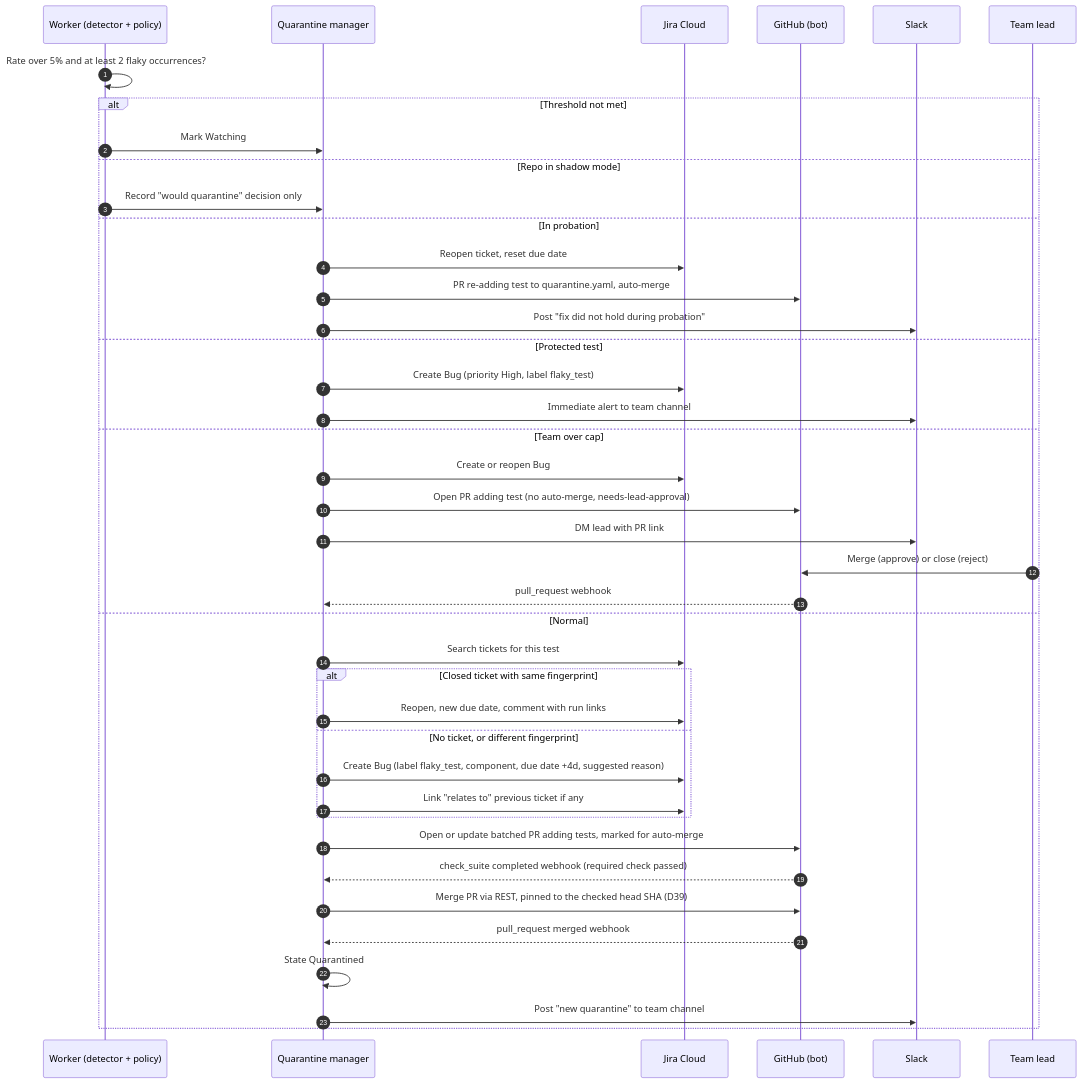
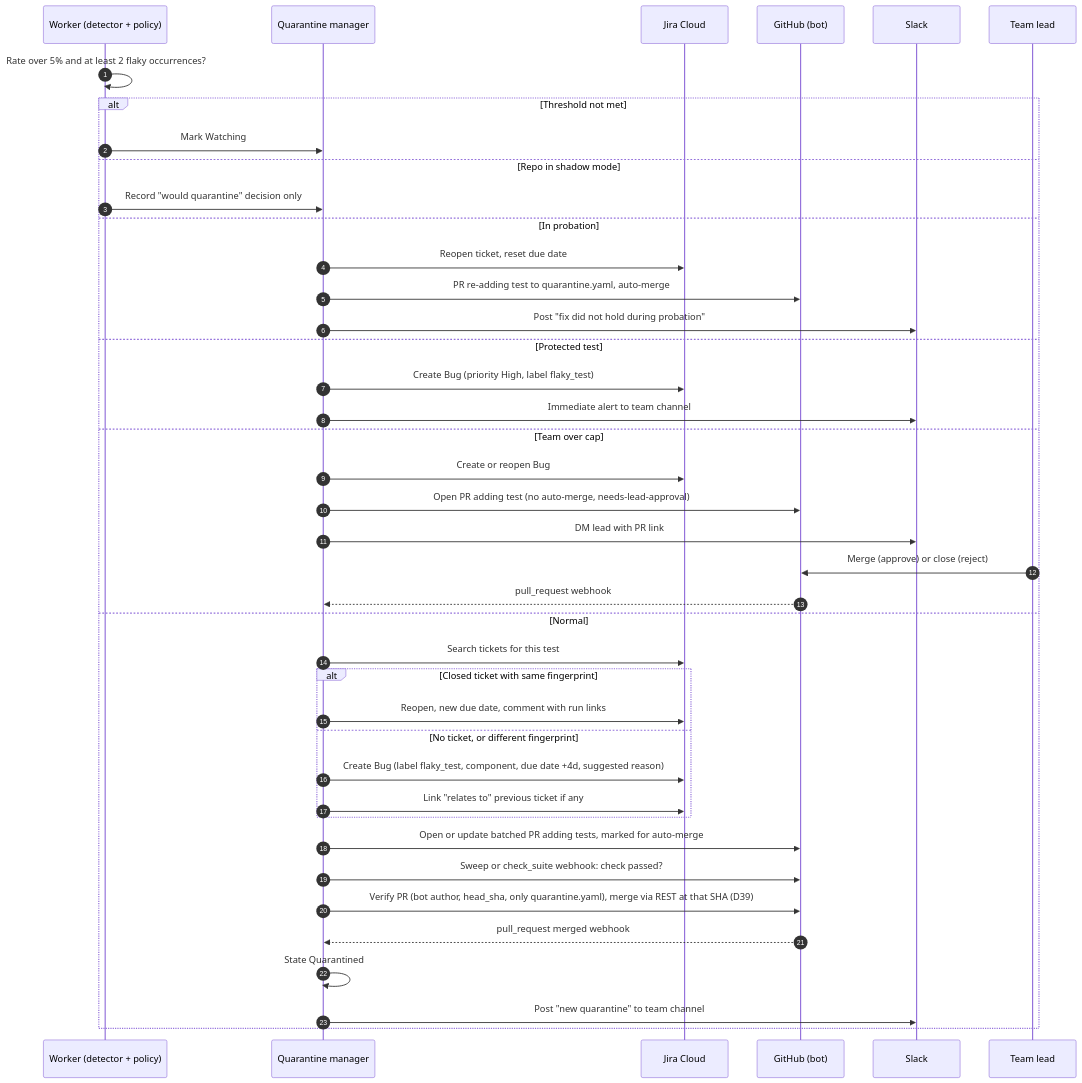
Before and after one commit to IrynaShkvirko/quarantine-tests: the fifth of 12 diagrams in docs/architecture.md, drawn with Mermaid. The commit also changed other lines of this file and 5 other files, not shown here.

Commit message:
docs(M0-12): require bot pre-merge verification after security review

````diff
--- a/docs/architecture.md
+++ b/docs/architecture.md
@@ -673,44 +673,44 @@
 ```mermaid
 sequenceDiagram
   autonumber
   participant W as Worker (detector + policy)
   participant QM as Quarantine manager
   participant J as Jira Cloud
   participant GH as GitHub (bot)
   participant S as Slack
   participant L as Team lead
 
   W->>W: Rate over 5% and at least 2 flaky occurrences?
   alt Threshold not met
     W->>QM: Mark Watching
   else Repo in shadow mode
     W->>QM: Record "would quarantine" decision only
   else In probation
     QM->>J: Reopen ticket, reset due date
     QM->>GH: PR re-adding test to quarantine.yaml, auto-merge
     QM->>S: Post "fix did not hold during probation"
   else Protected test
     QM->>J: Create Bug (priority High, label flaky_test)
     QM->>S: Immediate alert to team channel
   else Team over cap
     QM->>J: Create or reopen Bug
     QM->>GH: Open PR adding test (no auto-merge, needs-lead-approval)
     QM->>S: DM lead with PR link
     L->>GH: Merge (approve) or close (reject)
     GH-->>QM: pull_request webhook
   else Normal
     QM->>J: Search tickets for this test
     alt Closed ticket with same fingerprint
       QM->>J: Reopen, new due date, comment with run links
     else No ticket, or different fingerprint
       QM->>J: Create Bug (label flaky_test, component, due date +4d, suggested reason)
       QM->>J: Link "relates to" previous ticket if any
     end
     QM->>GH: Open or update batched PR adding tests, marked for auto-merge
-    GH-->>QM: check_suite completed webhook (required check passed)
-    QM->>GH: Merge PR via REST, pinned to the checked head SHA (D39)
+    QM->>GH: Sweep or check_suite webhook: check passed?
+    QM->>GH: Verify PR (bot author, head_sha, only quarantine.yaml), merge via REST at that SHA (D39)
     GH-->>QM: pull_request merged webhook
     QM->>QM: State Quarantined
     QM->>S: Post "new quarantine" to team channel
   end
 ```
````
